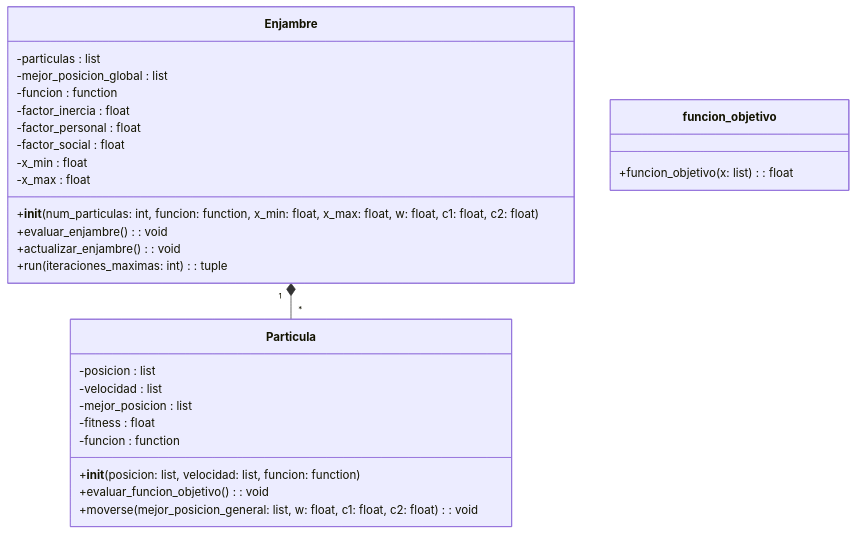
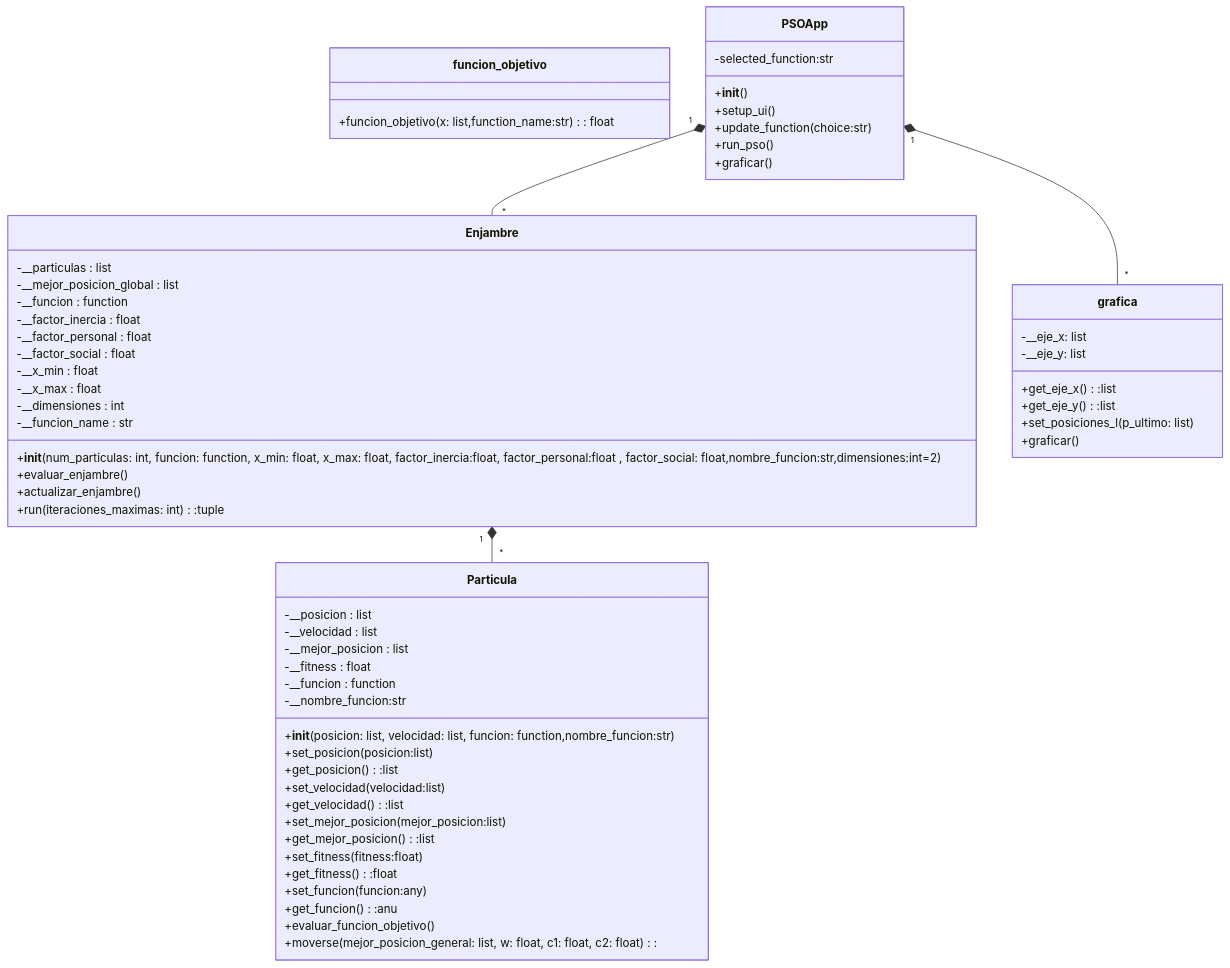
The diagram in README.md (PedroCastiblanco/Proyecto_poo), drawn with Mermaid before and after one commit. The commit also changed other lines of this file, not shown here.

````diff
--- a/README.md
+++ b/README.md
@@ -32,34 +32,66 @@
 ```mermaid
 classDiagram
     class Particula {
-        -posicion : list
-        -velocidad : list
-        -mejor_posicion : list
-        -fitness : float
-        -funcion : function
-        +__init__(posicion: list, velocidad: list, funcion: function)
-        +evaluar_funcion_objetivo() : void
-        +moverse(mejor_posicion_general: list, w: float, c1: float, c2: float) : void
+        -__posicion : list
+        -__velocidad : list
+        -__mejor_posicion : list
+        -__fitness : float
+        -__funcion : function
+        -__nombre_funcion:str
+        +__init__(posicion: list, velocidad: list, funcion: function,nombre_funcion:str)
+        +set_posicion(posicion:list)
+        +get_posicion():list
+        +set_velocidad(velocidad:list)
+        +get_velocidad():list
+        +set_mejor_posicion(mejor_posicion:list)
+        +get_mejor_posicion():list
+        +set_fitness(fitness:float)
+        +get_fitness():float
+        +set_funcion(funcion:any)
+        +get_funcion():anu
+        +evaluar_funcion_objetivo() 
+        +moverse(mejor_posicion_general: list, w: float, c1: float, c2: float) : 
     }
 
     class Enjambre {
-        -particulas : list
-        -mejor_posicion_global : list
-        -funcion : function
-        -factor_inercia : float
-        -factor_personal : float
-        -factor_social : float
-        -x_min : float
-        -x_max : float
-        +__init__(num_particulas: int, funcion: function, x_min: float, x_max: float, w: float, c1: float, c2: float)
-        +evaluar_enjambre() : void
-        +actualizar_enjambre() : void
-        +run(iteraciones_maximas: int) : tuple
+        -__particulas : list
+        -__mejor_posicion_global : list
+        -__funcion : function
+        -__factor_inercia : float
+        -__factor_personal : float
+        -__factor_social : float
+        -__x_min : float
+        -__x_max : float
+        -__dimensiones : int
+        -__funcion_name : str
+        +__init__(num_particulas: int, funcion: function, x_min: float, x_max: float, factor_inercia:float, factor_personal:float , factor_social: float,nombre_funcion:str,dimensiones:int=2)
+        +evaluar_enjambre()  
+        +actualizar_enjambre()  
+        +run(iteraciones_maximas: int) :tuple
     }
 
     class funcion_objetivo {
-        +funcion_objetivo(x: list) : float
+        +funcion_objetivo(x: list,function_name:str) : float
     }
 
+    class grafica {
+        -__eje_x: list 
+        -__eje_y: list 
+        +get_eje_x():list
+        +get_eje_y():list
+        +set_posiciones_l(p_ultimo: list)
+        +graficar()
+    }
     Enjambre "1"*--"*" Particula
+    PSOApp "1"*--"*" Enjambre
+    PSOApp "1"*--"*" grafica
+
+    class PSOApp{
+        -selected_function:str
+        +__init__()
+        +setup_ui()
+        +update_function(choice:str)
+        +run_pso()
+        +graficar()
+    }
 ```
````
